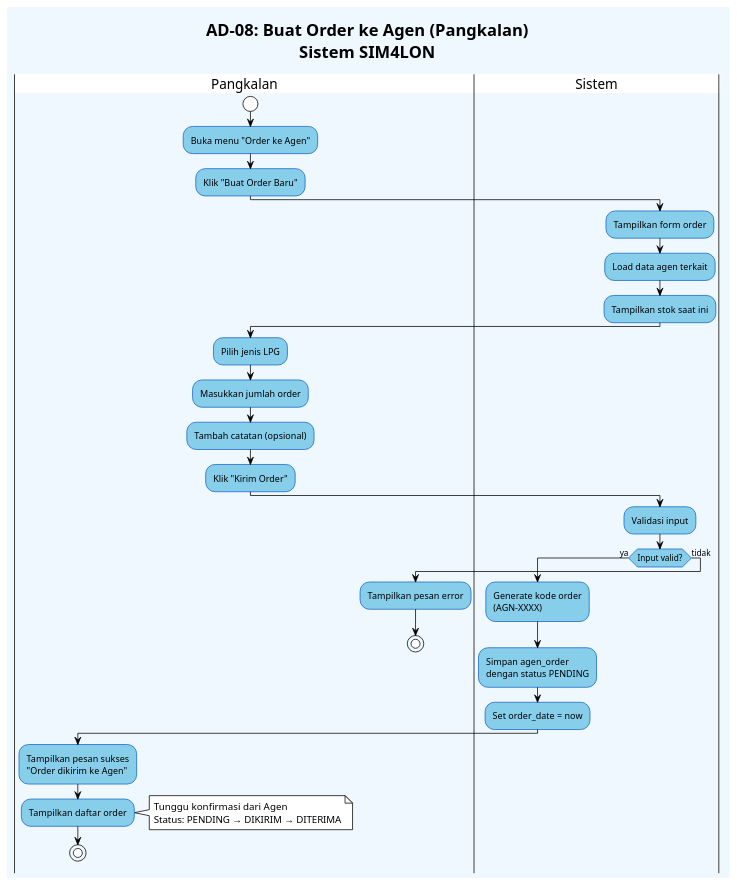
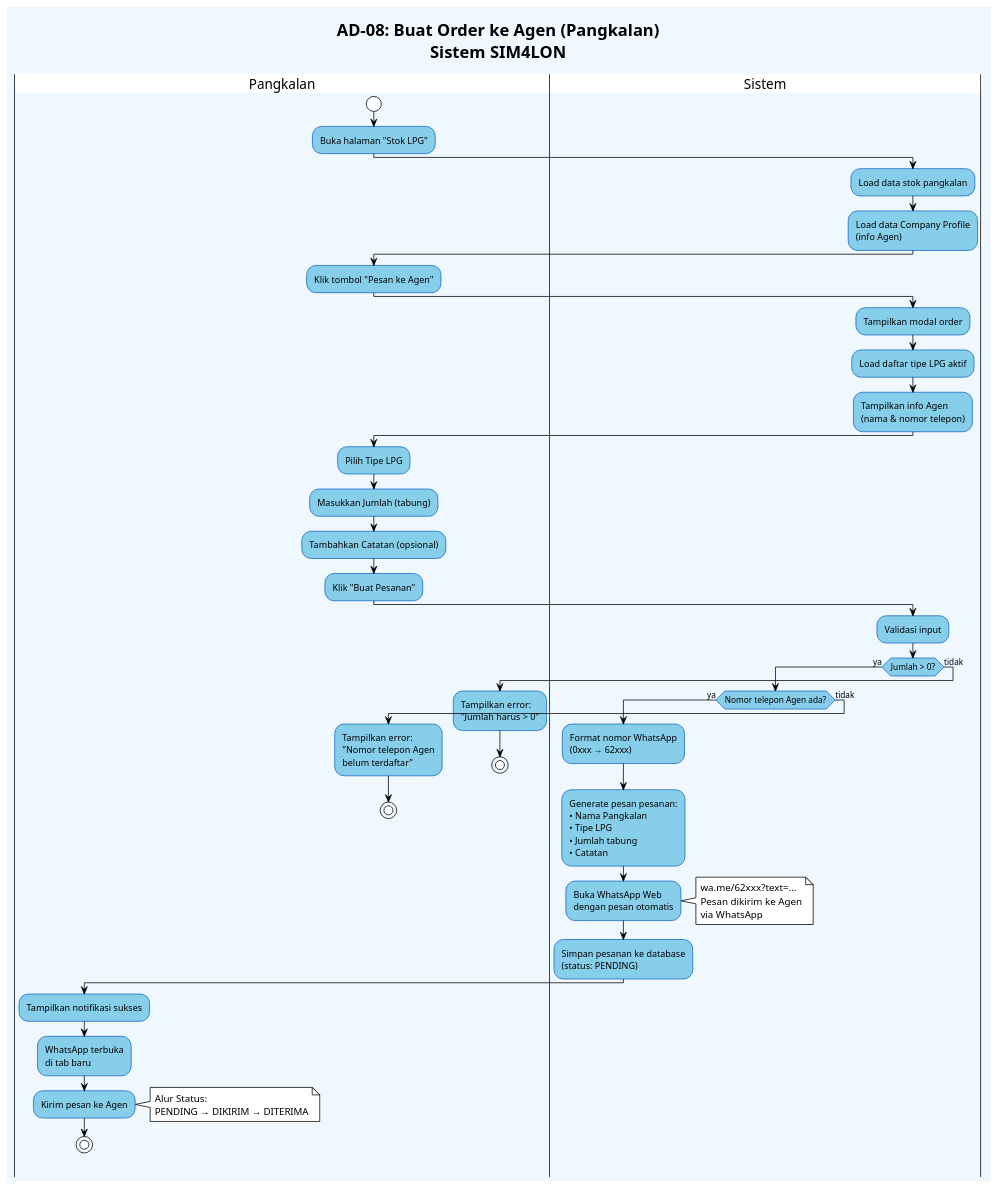
The diagram in diagrams/AD_08_BuatOrderKeAgen.puml (xinnxz/sim4lon), drawn with PlantUML before and after one commit. The commit also changed 97 other files, not shown here.

```diff
--- a/diagrams/AD_08_BuatOrderKeAgen.puml
+++ b/diagrams/AD_08_BuatOrderKeAgen.puml
@@ -1,51 +1,86 @@
 @startuml AD_08_BuatOrderKeAgen
 !theme plain
 skinparam backgroundColor #f0f8ff
 skinparam ActivityBackgroundColor #87CEEB
 skinparam ActivityBorderColor #1565c0
 skinparam PartitionBackgroundColor #e3f2fd
 skinparam PartitionBorderColor #1565c0
 
 title **AD-08: Buat Order ke Agen (Pangkalan)**\nSistem SIM4LON
 
 |Pangkalan|
 start
-:Buka menu "Order ke Agen";
-:Klik "Buat Order Baru";
+
+:Buka halaman "Stok LPG";
 
 |Sistem|
-:Tampilkan form order;
-:Load data agen terkait;
-:Tampilkan stok saat ini;
+
+:Load data stok pangkalan;
+:Load data Company Profile\n(info Agen);
 
 |Pangkalan|
-:Pilih jenis LPG;
-:Masukkan jumlah order;
-:Tambah catatan (opsional);
-:Klik "Kirim Order";
+
+:Klik tombol "Pesan ke Agen";
 
 |Sistem|
+
+:Tampilkan modal order;
+:Load daftar tipe LPG aktif;
+:Tampilkan info Agen\n(nama & nomor telepon);
+
+|Pangkalan|
+
+:Pilih Tipe LPG;
+:Masukkan Jumlah (tabung);
+:Tambahkan Catatan (opsional);
+:Klik "Buat Pesanan";
+
+|Sistem|
+
 :Validasi input;
 
-if (Input valid?) then (ya)
-    :Generate kode order\n(AGN-XXXX);
-    :Simpan agen_order\ndengan status PENDING;
-    :Set order_date = now;
+if (Jumlah > 0?) then (ya)
     
-    |Pangkalan|
-    :Tampilkan pesan sukses\n"Order dikirim ke Agen";
-    :Tampilkan daftar order;
+    if (Nomor telepon Agen ada?) then (ya)
+        
+        :Format nomor WhatsApp\n(0xxx → 62xxx);
+        
+        :Generate pesan pesanan:\n• Nama Pangkalan\n• Tipe LPG\n• Jumlah tabung\n• Catatan;
+        
+        :Buka WhatsApp Web\ndengan pesan otomatis;
+        
+        note right
+        wa.me/62xxx?text=...
+        Pesan dikirim ke Agen
+        via WhatsApp
+        end note
+        
+        :Simpan pesanan ke database\n(status: PENDING);
+        
+        |Pangkalan|
+        
+        :Tampilkan notifikasi sukses;
+        :WhatsApp terbuka\ndi tab baru;
+        
+        :Kirim pesan ke Agen;
+        
+        note right
+        Alur Status:
+        PENDING → DIKIRIM → DITERIMA
+        end note
+        
+        stop
+        
+    else (tidak)
+        |Pangkalan|
+        :Tampilkan error:\n"Nomor telepon Agen\nbelum terdaftar";
+        stop
+    endif
     
-    note right
-    Tunggu konfirmasi dari Agen
-    Status: PENDING → DIKIRIM → DITERIMA
-    end note
-    
-    stop
 else (tidak)
     |Pangkalan|
-    :Tampilkan pesan error;
+    :Tampilkan error:\n"Jumlah harus > 0";
     stop
 endif
 
 @enduml
```
